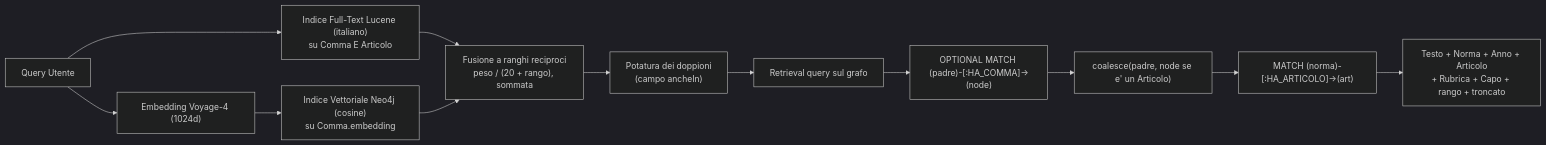
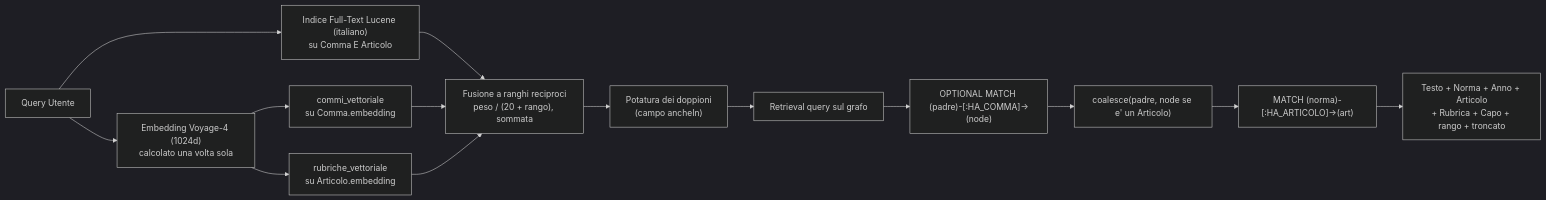
One commit to simorina/GraphResponsa changed the fourth of 5 diagrams in docs/architettura-agente.md. Above: the diagram before and after it, drawn with Mermaid (dark theme). The commit also changed other lines of this file and 3 other files, not shown here.

````diff
--- a/docs/architettura-agente.md
+++ b/docs/architettura-agente.md
@@ -186,16 +186,18 @@
 ```mermaid
 flowchart LR
     Q["Query Utente"] --> FT["Indice Full-Text Lucene (italiano)<br/>su Comma E Articolo"]
-    Q --> VOY["Embedding Voyage-4 (1024d)"]
-    VOY --> VS["Indice Vettoriale Neo4j (cosine)<br/>su Comma.embedding"]
+    Q --> VOY["Embedding Voyage-4 (1024d)<br/>calcolato una volta sola"]
+    VOY --> VS["commi_vettoriale<br/>su Comma.embedding"]
+    VOY --> VR["rubriche_vettoriale<br/>su Articolo.embedding"]
+    VR --> HYB
 
     FT --> HYB["Fusione a ranghi reciproci<br/>peso / (20 + rango), sommata"]
     VS --> HYB
 
     HYB --> DED["Potatura dei doppioni<br/>(campo ancheIn)"]
     DED --> GR["Retrieval query sul grafo"]
     GR --> OPT["OPTIONAL MATCH (padre)-[:HA_COMMA]->(node)"]
     OPT --> CO["coalesce(padre, node se e' un Articolo)"]
     CO --> NORM["MATCH (norma)-[:HA_ARTICOLO]->(art)"]
     NORM --> OUT["Testo + Norma + Anno + Articolo<br/>+ Rubrica + Capo + rango + troncato"]
 ```
````
